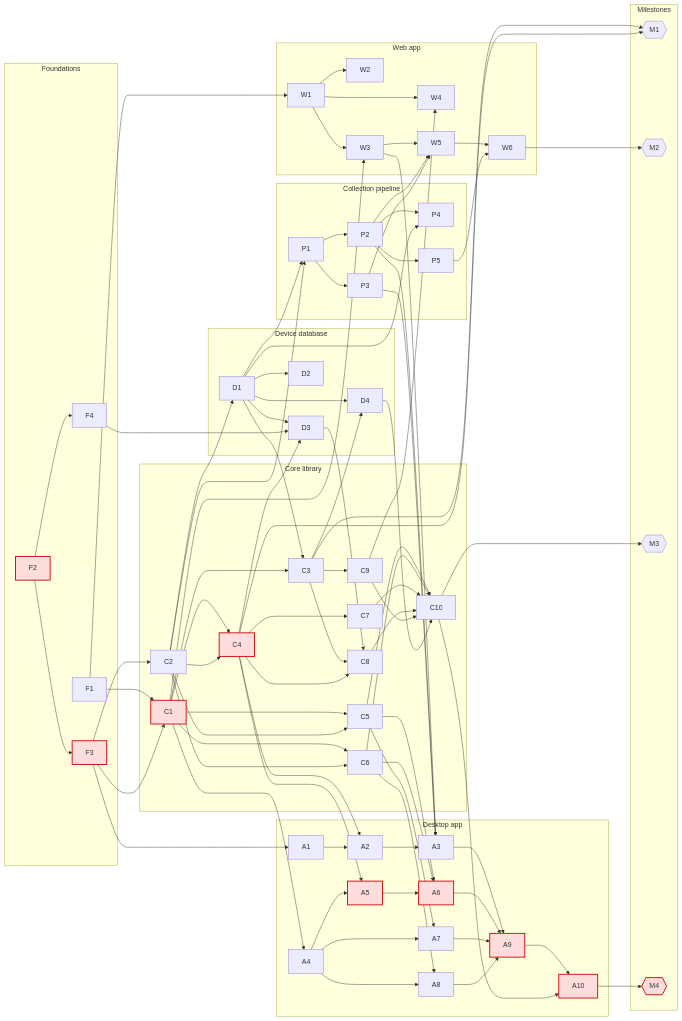
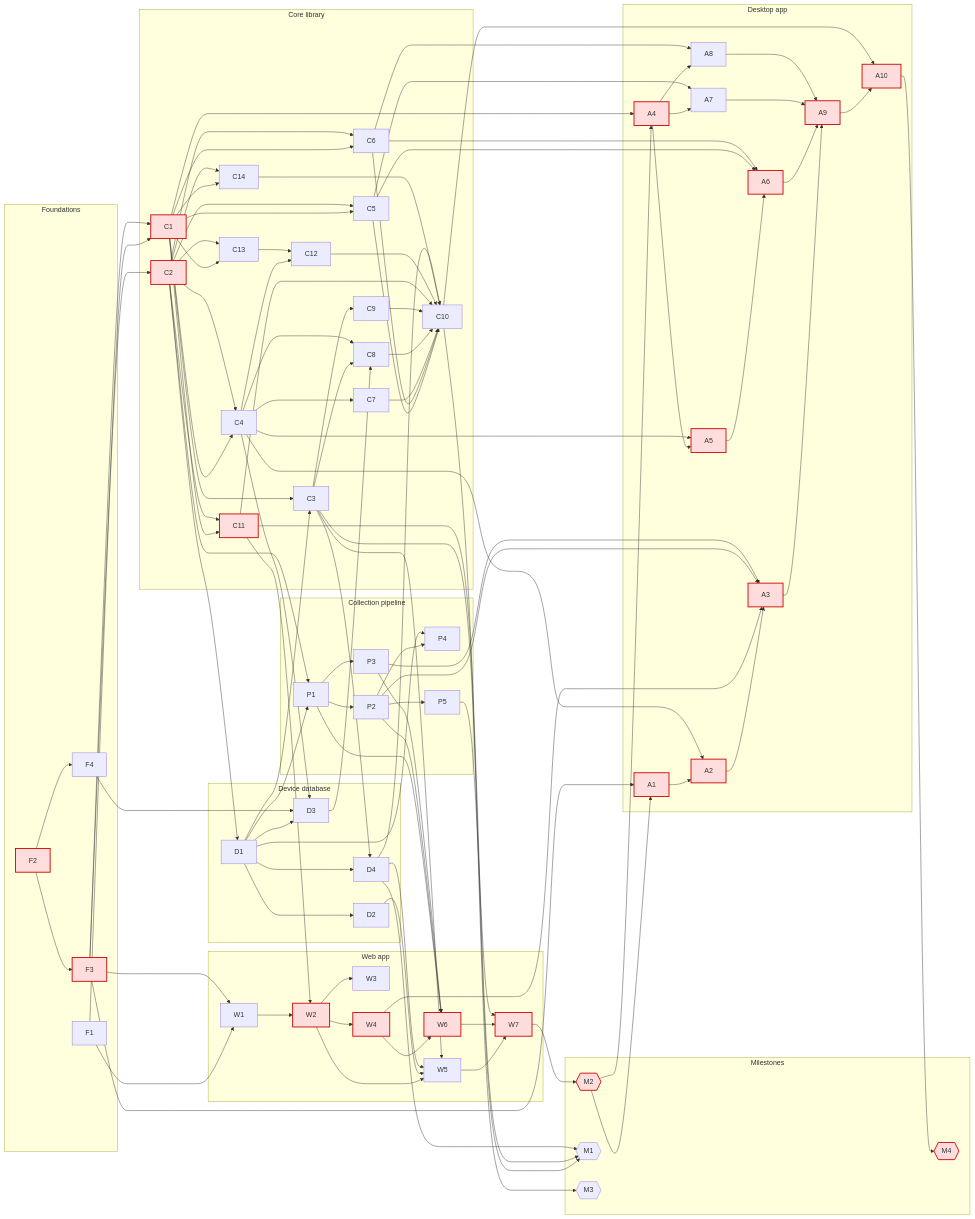
Before and after one commit to anygamepad/anygamepad.github.io: the third of 3 diagrams in ROADMAP/2026-10-10/README.md, drawn with Mermaid. The commit also changed other lines of this file and 9 other files, not shown here.

First line of the commit message:
Re-plan roadmap: web first, library via WASM, multi-provider input

````diff
--- a/ROADMAP/2026-10-10/README.md
+++ b/ROADMAP/2026-10-10/README.md
@@ -153,6 +196,10 @@
         c7[C7]
         c8[C8]
         c9[C9]
+        c11[C11]
+        c13[C13]
+        c12[C12]
+        c14[C14]
         c10[C10]
     end
     subgraph database[Device database]
@@ -175,6 +222,7 @@
         w4[W4]
         w5[W5]
         w6[W6]
+        w7[W7]
     end
     subgraph desktop[Desktop app]
         a1[A1]
@@ -189,8 +237,8 @@
         a10[A10]
     end
     subgraph milestones[Milestones]
+        m2{{M2}}
         m1{{M1}}
-        m2{{M2}}
         m3{{M3}}
         m4{{M4}}
     end
@@ -216,6 +264,14 @@
     c4 --> c8
     d3 --> c8
     c3 --> c9
+    c1 --> c11
+    c2 --> c11
+    c1 --> c13
+    c2 --> c13
+    c4 --> c12
+    c13 --> c12
+    c1 --> c14
+    c2 --> c14
     d1 --> d4
     c3 --> d4
     c5 --> c10
@@ -223,6 +279,9 @@
     c7 --> c10
     c8 --> c10
     c9 --> c10
+    c11 --> c10
+    c12 --> c10
+    c14 --> c10
     d4 --> c10
     d1 --> d2
     c2 --> p1
@@ -233,24 +292,33 @@
     d1 --> p4
     p2 --> p5
     f1 --> w1
+    f3 --> w1
     w1 --> w2
-    w1 --> w3
-    c1 --> w3
-    w1 --> w4
-    c9 --> w4
-    w3 --> w5
-    p2 --> w5
-    p3 --> w5
-    w5 --> w6
-    p5 --> w6
+    c11 --> w2
+    w2 --> w3
+    w2 --> w4
+    w2 --> w5
+    c3 --> w5
+    d2 --> w5
+    d4 --> w5
+    w4 --> w6
+    p1 --> w6
+    p2 --> w6
+    p3 --> w6
+    w5 --> w7
+    w6 --> w7
+    p5 --> w7
+    w7 --> m2
     f3 --> a1
+    m2 --> a1
     a1 --> a2
     c4 --> a2
     a2 --> a3
-    w3 --> a3
+    w4 --> a3
     p2 --> a3
     p3 --> a3
     c1 --> a4
+    m2 --> a4
     a4 --> a5
     c4 --> a5
     a5 --> a6
@@ -267,10 +335,10 @@
     a9 --> a10
     c10 --> a10
     c3 --> m1
-    c4 --> m1
-    w6 --> m2
+    c11 --> m1
+    d4 --> m1
     c10 --> m3
     a10 --> m4
     classDef crit fill:#fdd,stroke:#c00,stroke-width:2px
-    class f2,f3,c1,c4,a5,a6,a9,a10,m4 crit
+    class f2,f3,c1,c2,c11,w2,w4,w6,w7,m2,a1,a2,a3,a4,a5,a6,a9,a10,m4 crit
 ```
````
